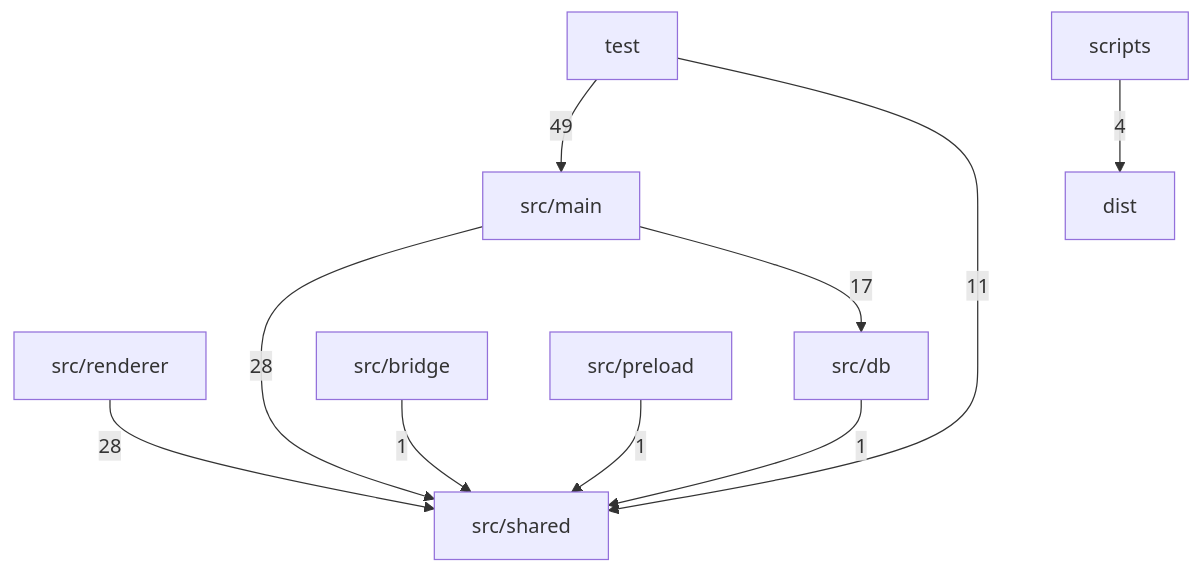
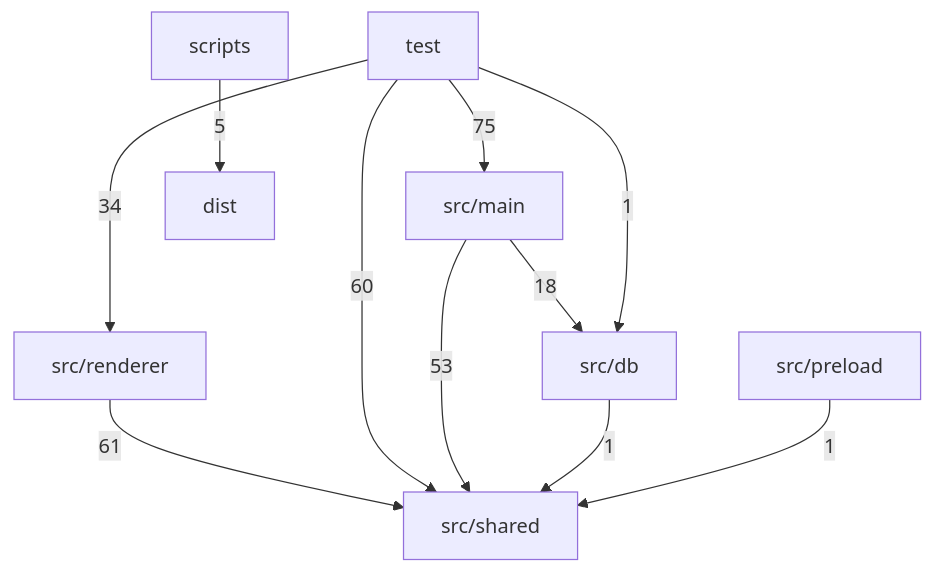
Before and after one commit to Sheshiyer/plexus-ts: the diagram in docs/architecture/DEPENDENCY-GRAPH.md, drawn with Mermaid. The commit also changed other lines of this file and 99 other files, not shown here.

````diff
--- a/docs/architecture/DEPENDENCY-GRAPH.md
+++ b/docs/architecture/DEPENDENCY-GRAPH.md
@@ -8,12 +24,13 @@
 ```mermaid
 graph TD
-  test["test"] -->|49| src_main["src/main"]
-  src_main["src/main"] -->|28| src_shared["src/shared"]
-  src_renderer["src/renderer"] -->|28| src_shared["src/shared"]
-  src_main["src/main"] -->|17| src_db["src/db"]
-  test["test"] -->|11| src_shared["src/shared"]
-  scripts["scripts"] -->|4| dist["dist"]
-  src_bridge["src/bridge"] -->|1| src_shared["src/shared"]
+  test["test"] -->|75| src_main["src/main"]
+  src_renderer["src/renderer"] -->|61| src_shared["src/shared"]
+  test["test"] -->|60| src_shared["src/shared"]
+  src_main["src/main"] -->|53| src_shared["src/shared"]
+  test["test"] -->|34| src_renderer["src/renderer"]
+  src_main["src/main"] -->|18| src_db["src/db"]
+  scripts["scripts"] -->|5| dist["dist"]
+  test["test"] -->|1| src_db["src/db"]
   src_db["src/db"] -->|1| src_shared["src/shared"]
   src_preload["src/preload"] -->|1| src_shared["src/shared"]
 ```
````
